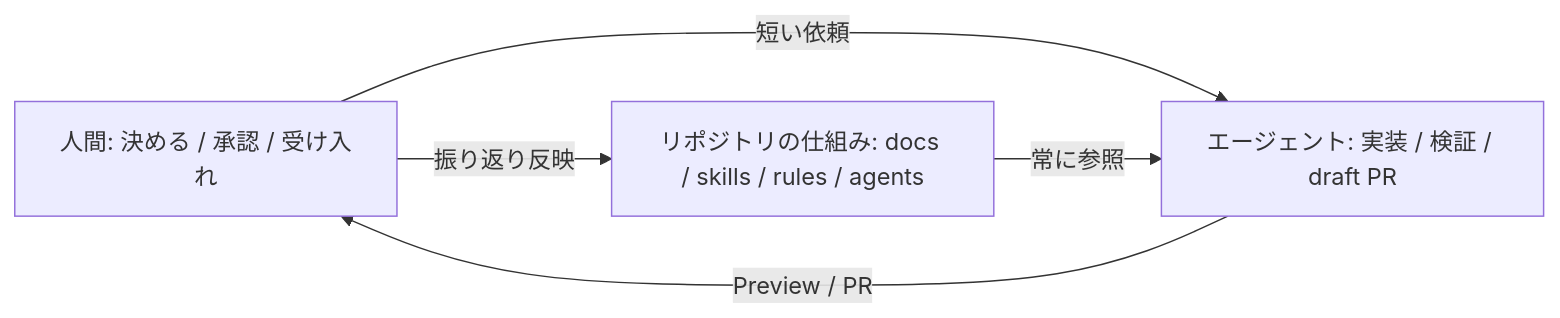
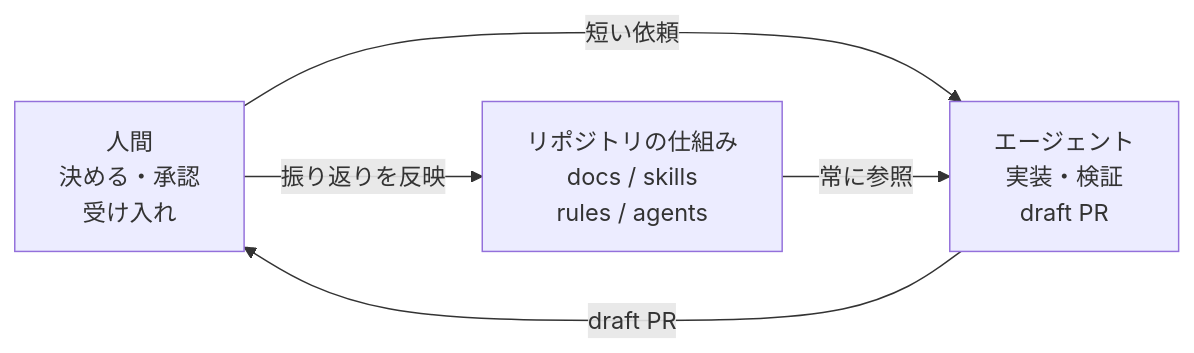
The first of 3 diagrams in docs/development/ai-dev-process-for-qa.md (ike-gagagami97/my-recipe), drawn with Mermaid before and after one commit. The commit also changed other lines of this file and 2 other files, not shown here.

First line of the commit message:
docs: mermaid ラベルの GitHub 上での欠落を修正し、ルール化

````diff
--- a/docs/development/ai-dev-process-for-qa.md
+++ b/docs/development/ai-dev-process-for-qa.md
@@ -38,10 +38,10 @@
 ```mermaid
 flowchart LR
-  Human[人間: 決める / 承認 / 受け入れ]
-  Agent[エージェント: 実装 / 検証 / draft PR]
-  Docs[リポジトリの仕組み: docs / skills / rules / agents]
+  Human["人間<br/>決める・承認<br/>受け入れ"]
+  Agent["エージェント<br/>実装・検証<br/>draft PR"]
+  Docs["リポジトリの仕組み<br/>docs / skills<br/>rules / agents"]
   Human -->|短い依頼| Agent
   Docs -->|常に参照| Agent
-  Agent -->|Preview / PR| Human
-  Human -->|振り返り反映| Docs
+  Agent -->|draft PR| Human
+  Human -->|振り返りを反映| Docs
 ```
````
